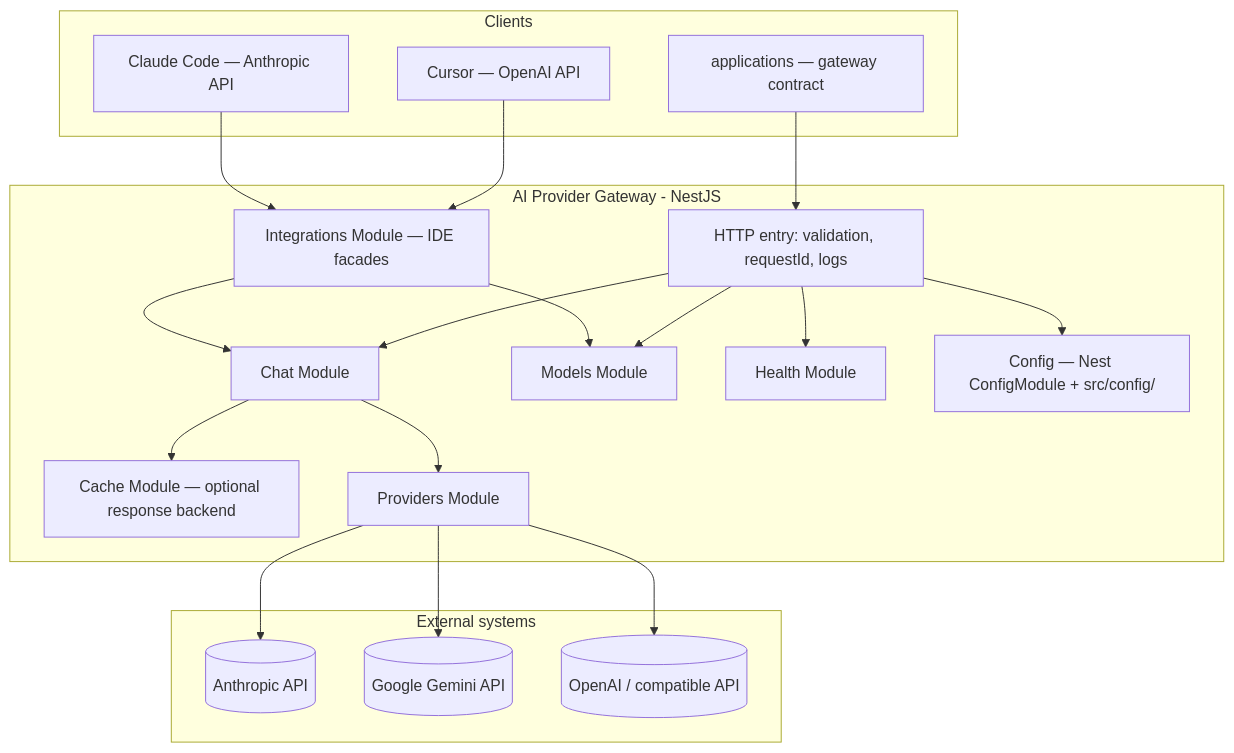
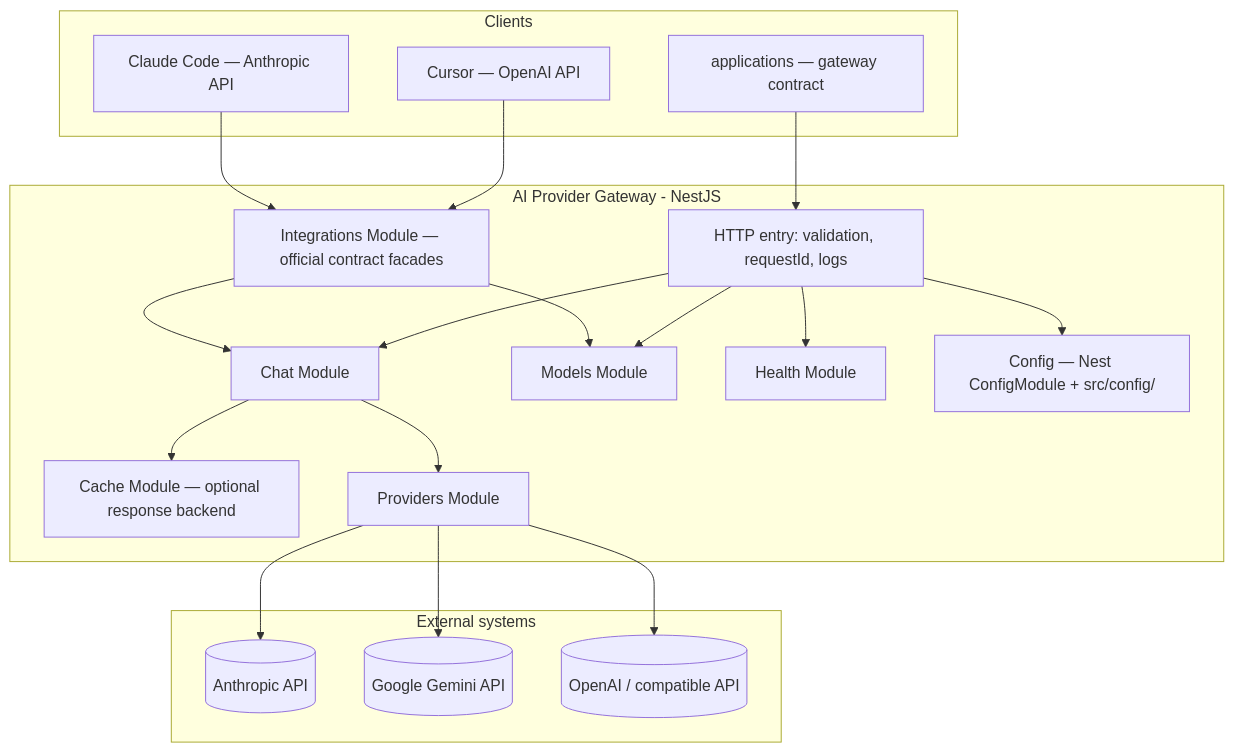
One commit to matej2314/ai-provider-gateway changed the first of 2 diagrams in docs/architecture.md. Above: the diagram before and after it, drawn with Mermaid. The commit also changed other lines of this file and 271 other files, not shown here.

````diff
--- a/docs/architecture.md
+++ b/docs/architecture.md
@@ -9,40 +9,40 @@
 ```mermaid
 flowchart TB
   subgraph clients [Clients]
     app[applications — gateway contract]
     cursor[Cursor — OpenAI API]
     claude[Claude Code — Anthropic API]
   end
 
   subgraph gw [AI Provider Gateway - NestJS]
     http[HTTP entry: validation, requestId, logs]
-    integrations[Integrations Module — IDE facades]
+    integrations[Integrations Module — official contract facades]
     chat[Chat Module]
     models[Models Module]
     cache[Cache Module — optional response backend]
     providers[Providers Module]
     health[Health Module]
     config[Config — Nest ConfigModule + src/config/]
   end
 
   subgraph external [External systems]
     anthropic[(Anthropic API)]
     google[(Google Gemini API)]
     openai[(OpenAI / compatible API)]
   end
 
   app --> http
   cursor --> integrations
   claude --> integrations
   http --> chat
   http --> models
   integrations --> chat
   integrations --> models
   chat --> cache
   chat --> providers
   http --> health
   http --> config
   providers --> anthropic
   providers --> google
   providers --> openai
 ```
````
